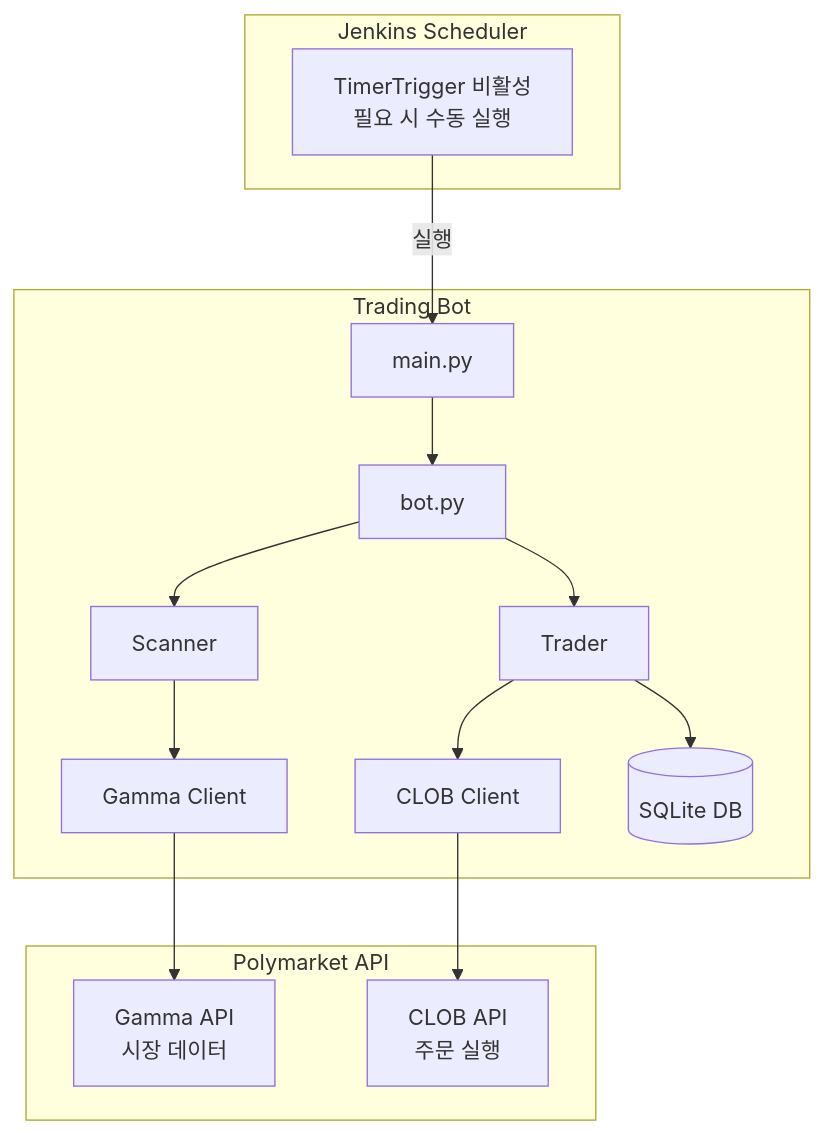
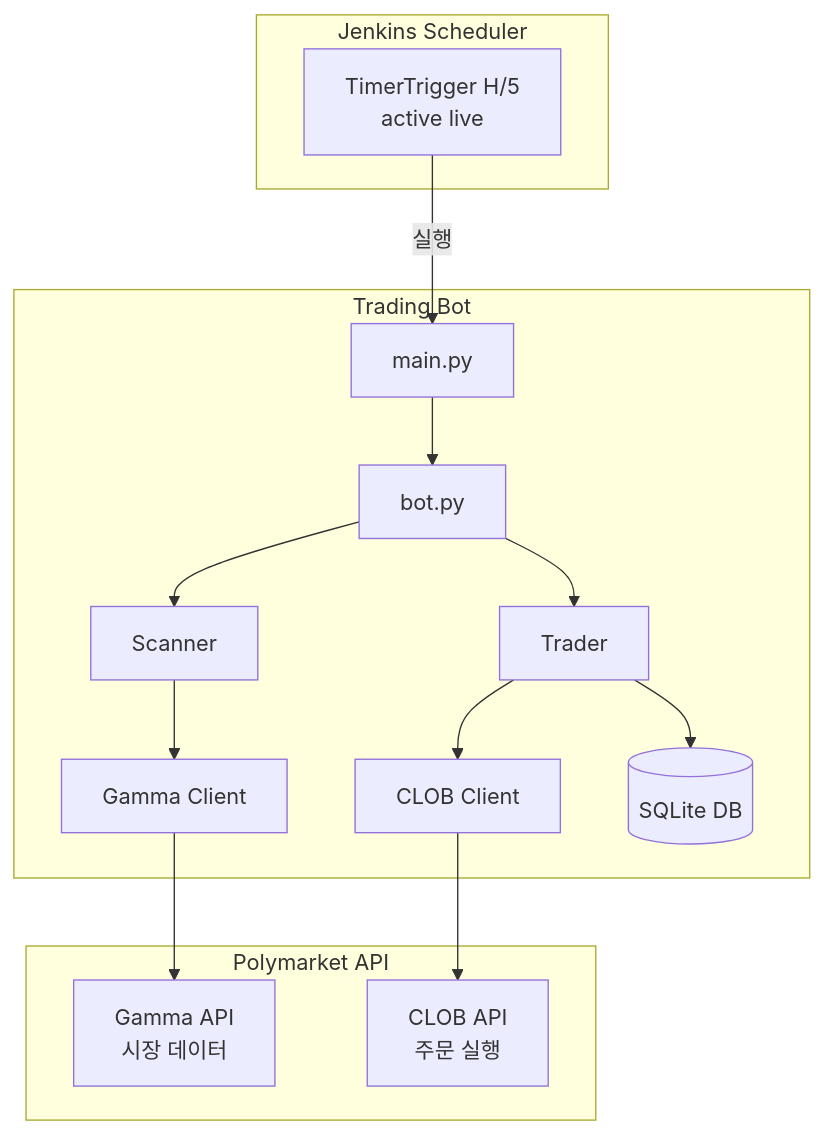
One commit to izowooi/golden-burger changed the first of 2 diagrams in golden-cherry/README.md. Above: the diagram before and after it, drawn with Mermaid. The commit also changed other lines of this file and 3 other files, not shown here.

````diff
--- a/golden-cherry/README.md
+++ b/golden-cherry/README.md
@@ -26,24 +30,24 @@
 ```mermaid
 flowchart TB
     subgraph Jenkins["Jenkins Scheduler"]
-        JOB[TimerTrigger 비활성<br/>필요 시 수동 실행]
+        JOB[TimerTrigger H/5<br/>active live]
     end
 
     subgraph Bot["Trading Bot"]
         MAIN[main.py] --> BOT[bot.py]
         BOT --> SCANNER[Scanner]
         BOT --> TRADER[Trader]
         SCANNER --> GAMMA[Gamma Client]
         TRADER --> CLOB[CLOB Client]
         TRADER --> DB[(SQLite DB)]
     end
 
     subgraph Polymarket["Polymarket API"]
         GAMMA_API[Gamma API<br/>시장 데이터]
         CLOB_API[CLOB API<br/>주문 실행]
     end
 
     JOB -->|실행| MAIN
     GAMMA --> GAMMA_API
     CLOB --> CLOB_API
 ```
````
